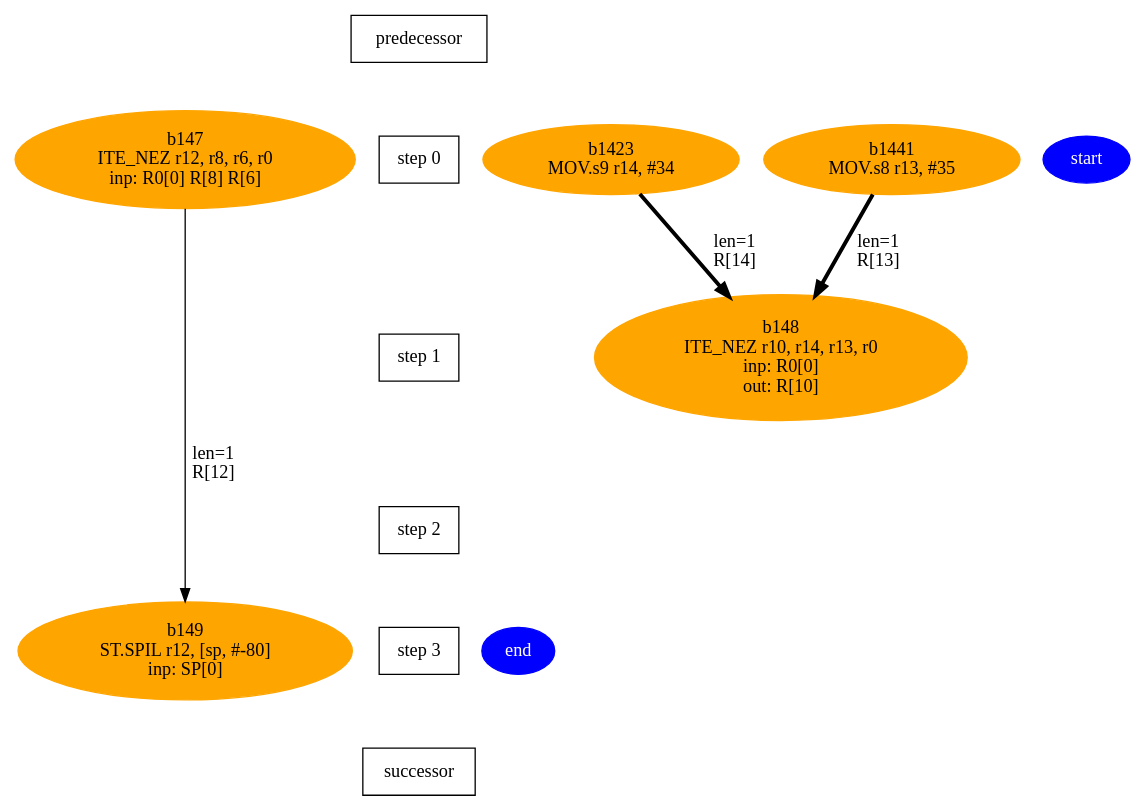
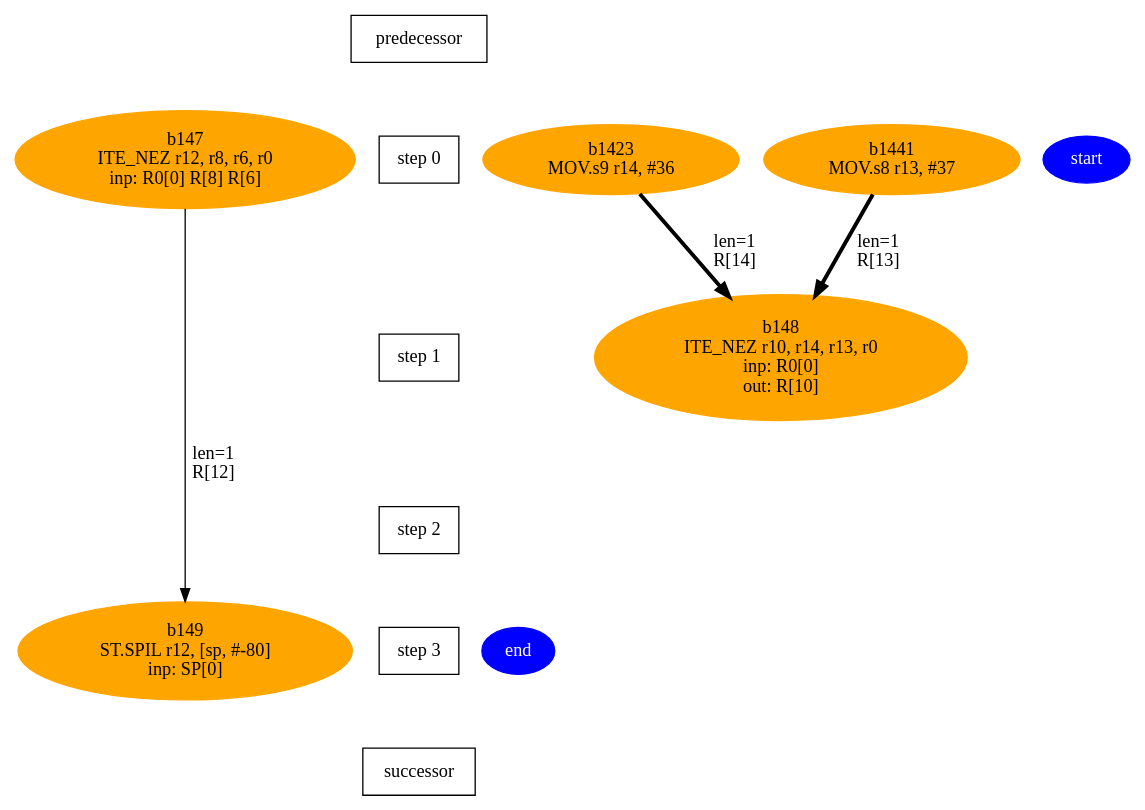
Before and after one commit to lxy-littlechai/SVD: the diagram in testGen/Work/aie/1_2/Release/chesswork/1_2-main__s2_info/m190.dot, drawn with Graphviz. The commit also changed 9662 other files, not shown here.

```diff
--- a/testGen/Work/aie/1_2/Release/chesswork/1_2-main__s2_info/m190.dot
+++ b/testGen/Work/aie/1_2/Release/chesswork/1_2-main__s2_info/m190.dot
@@ -1,23 +1,23 @@
 digraph N {
  b147[color=orange,fontcolor=black,style=filled,label="b147\nITE_NEZ r12, r8, r6, r0\ninp: R0[0] R[8] R[6]"];  {rank=same; S0;  b147;}
  b148[color=orange,fontcolor=black,style=filled,label="b148\nITE_NEZ r10, r14, r13, r0\ninp: R0[0]\nout: R[10]"];  {rank=same; S1;  b148;}
  b149[color=orange,fontcolor=black,style=filled,label="b149\nST.SPIL r12, [sp, #-80]\ninp: SP[0]"];  {rank=same; S3;  b149;}
- b1423[color=orange,fontcolor=black,style=filled,label="b1423\nMOV.s9 r14, #34"];  {rank=same; S0;  b1423;}
- b1441[color=orange,fontcolor=black,style=filled,label="b1441\nMOV.s8 r13, #35"];  {rank=same; S0;  b1441;}
+ b1423[color=orange,fontcolor=black,style=filled,label="b1423\nMOV.s9 r14, #36"];  {rank=same; S0;  b1423;}
+ b1441[color=orange,fontcolor=black,style=filled,label="b1441\nMOV.s8 r13, #37"];  {rank=same; S0;  b1441;}
  start [color=blue,fontcolor=white,style=filled,label="start"];  {rank=same; S0;  start;}
  end [color=blue,fontcolor=white,style=filled,label="end"];  {rank=same; S3;  end;}
    b147 -> b149 [color=black,fontcolor=black,label="len=1\nR[12]",weight=1000];
    b1423 -> b148 [color=black,fontcolor=black,penwidth=3,label="len=1\nR[14]",weight=1000];
    b1441 -> b148 [color=black,fontcolor=black,penwidth=3,label="len=1\nR[13]",weight=1000];
   Sm1 [label="predecessor",shape=box];
   S0 [label="step 0",shape=box];
   Sm1 -> S0[style=invis,weight=9000];
   S1 [label="step 1",shape=box];
   S0 -> S1[style=invis,weight=9000];
   S2 [label="step 2",shape=box];
   S1 -> S2[style=invis,weight=9000];
   S3 [label="step 3",shape=box];
   S2 -> S3[style=invis,weight=9000];
   S4 [label="successor",shape=box];
   S3 -> S4[style=invis,weight=9000];
 }
```
